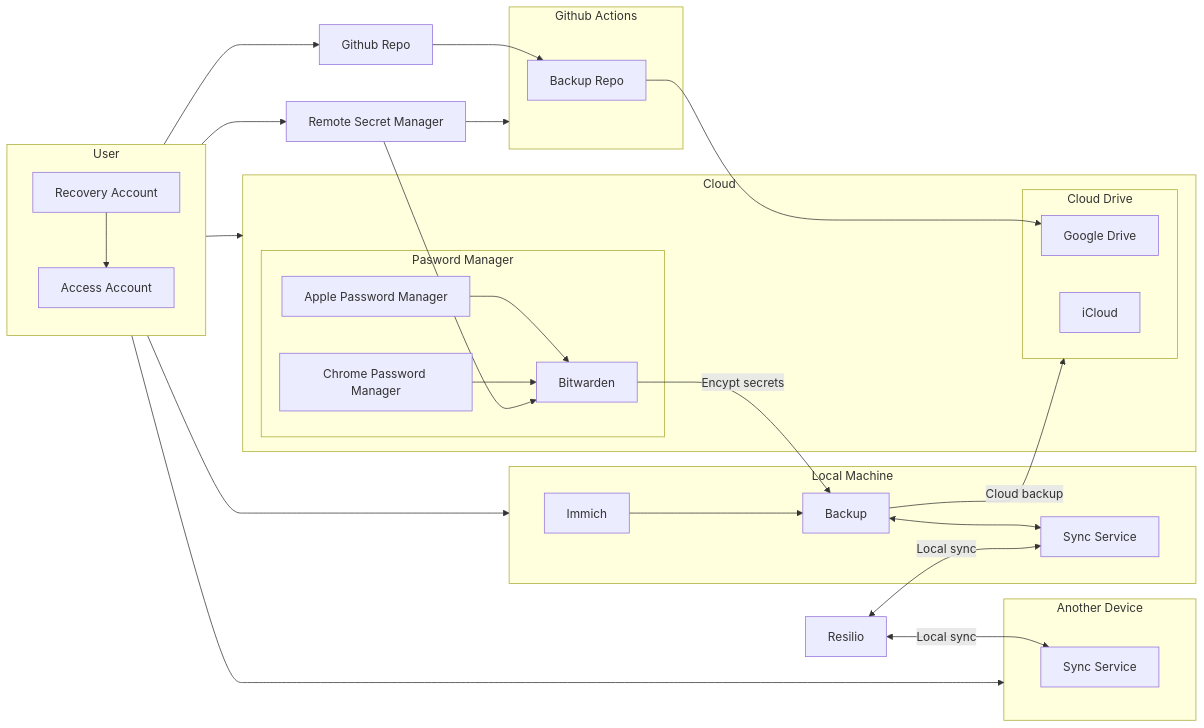
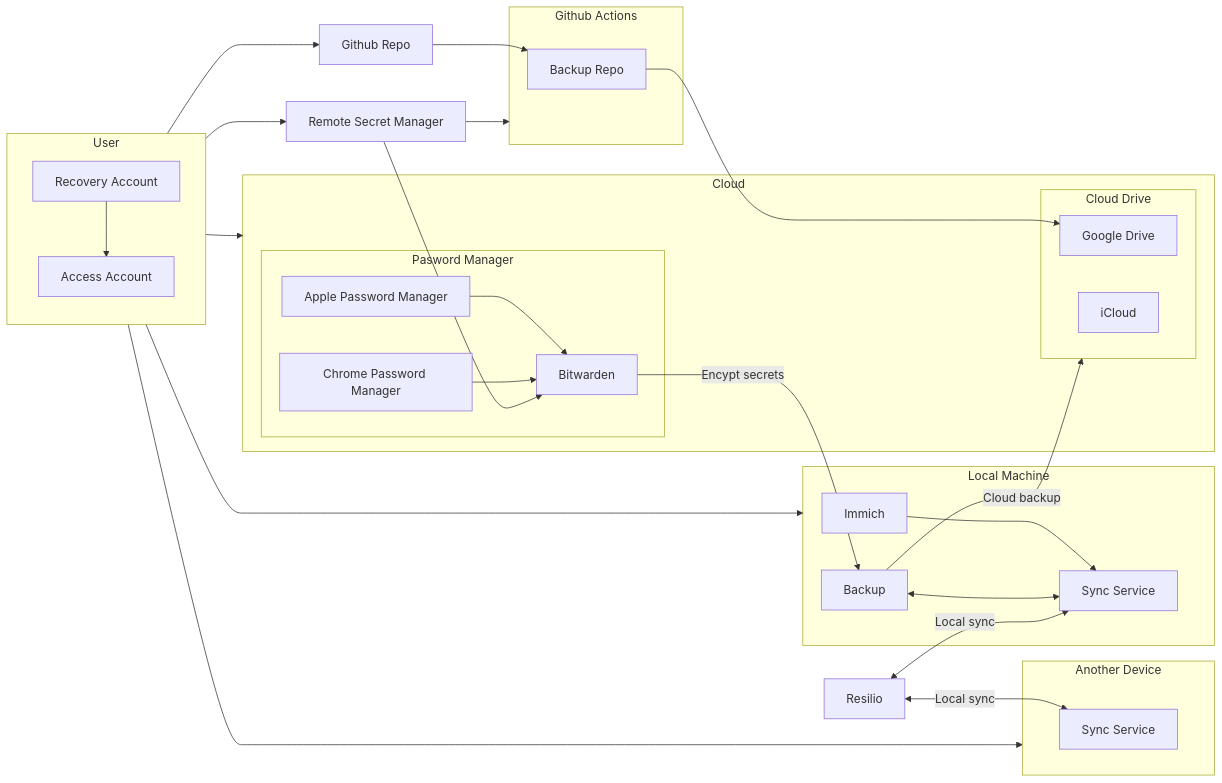
The first of 3 diagrams in docs/infrastructure/infrastructure.md (iamharryliu/vigilant-broccoli), drawn with Mermaid before and after one commit. The commit also changed other lines of this file, not shown here.

````diff
--- a/docs/infrastructure/infrastructure.md
+++ b/docs/infrastructure/infrastructure.md
@@ -29,66 +31,66 @@
 ```mermaid
 flowchart LR
 
 subgraph USER[User]
   RECOVERY_ACCOUNT[Recovery Account]
   ACCESS_ACCOUNT[Access Account]
   RECOVERY_ACCOUNT-->ACCESS_ACCOUNT
 end
 
 subgraph LOCAL_MACHINE[Local Machine]
   LOCAL_MACHINE_IMMICH[Immich]
   LOCAL_MACHINE_SYNC_SERVICE[Sync Service]
-  LOCAL_MACHINE_IMMICH-->BACKUP
+  LOCAL_MACHINE_IMMICH-->LOCAL_MACHINE_SYNC_SERVICE
   BACKUP[Backup]
   BACKUP<-->LOCAL_MACHINE_SYNC_SERVICE
 end
 
 GITHUB_REPO[Github Repo]
 subgraph GITHUB_ACTIONS[Github Actions]
   GITHUB_ACTIONS_REPO_BACKUP[Backup Repo]
 end
 
 subgraph ANOTHER_MACHINE[Another Device]
   ANOTHER_MACHINE_SYNC_SERVICE[Sync Service]
 end
 
 subgraph PASSWORD_MANAGER[Pasword Manager]
   APPLE_PASSWORD_MANAGER[Apple Password Manager]
   CHROME_PASSWORD_MANAGER[Chrome Password Manager]
   BITWARDEN[Bitwarden]
 
   APPLE_PASSWORD_MANAGER-->BITWARDEN
   CHROME_PASSWORD_MANAGER-->BITWARDEN
 end
 
 subgraph CLOUD[Cloud]
   CLOUD_DRIVE
   PASSWORD_MANAGER[Pasword Manager]
 end
 
 subgraph CLOUD_DRIVE[Cloud Drive]
   GOOGLE_DRIVE[Google Drive]
   ICLOUD[iCloud]
 end
 
 RESILIO[Resilio]
 
 RESILIO<-->|Local sync|LOCAL_MACHINE_SYNC_SERVICE
 RESILIO<-->|Local sync|ANOTHER_MACHINE_SYNC_SERVICE
 
 BITWARDEN-->|Encypt secrets|BACKUP
 
 USER-->CLOUD
 USER-->GITHUB_REPO
 USER-->LOCAL_MACHINE
 USER-->REMOTE_SECRET_MANAGER
 USER-->ANOTHER_MACHINE
 
 REMOTE_SECRET_MANAGER-->GITHUB_ACTIONS
 
 
 REMOTE_SECRET_MANAGER[Remote Secret Manager]-->BITWARDEN
 
 GITHUB_REPO-->GITHUB_ACTIONS_REPO_BACKUP-->GOOGLE_DRIVE
 BACKUP-->|Cloud backup|CLOUD_DRIVE
 ```
````
